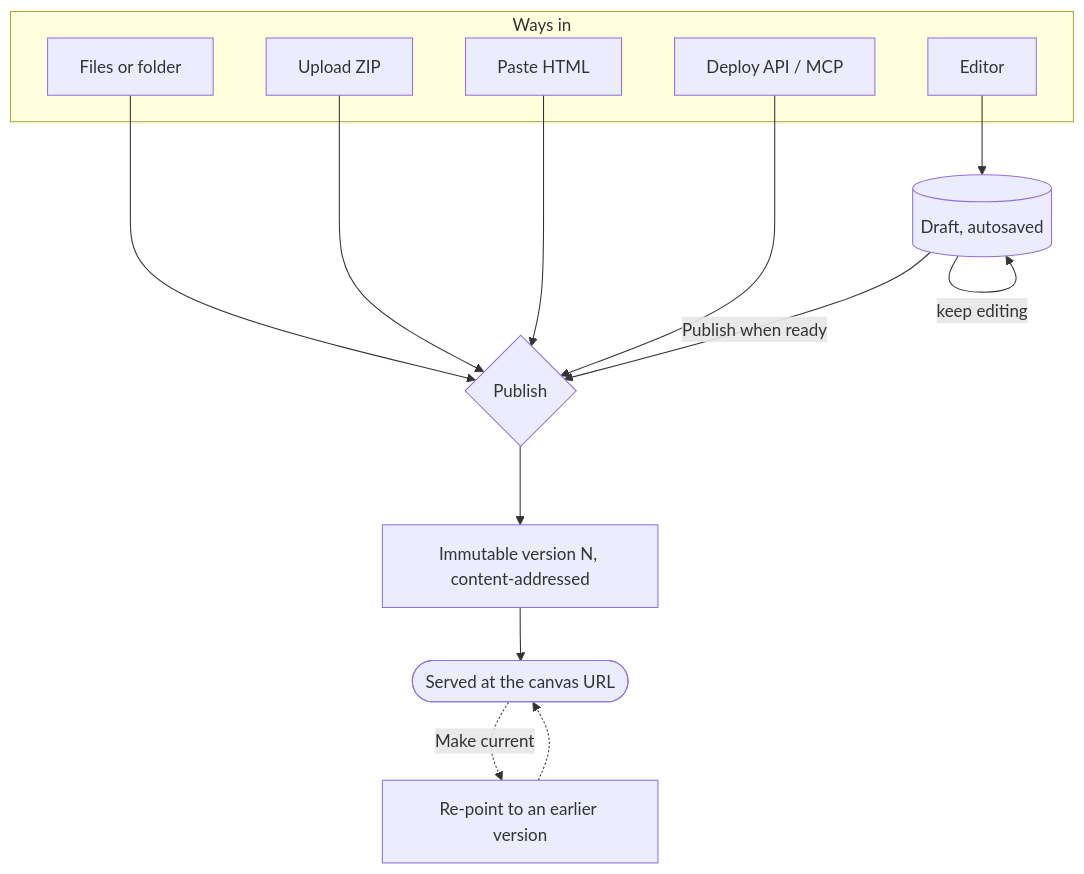
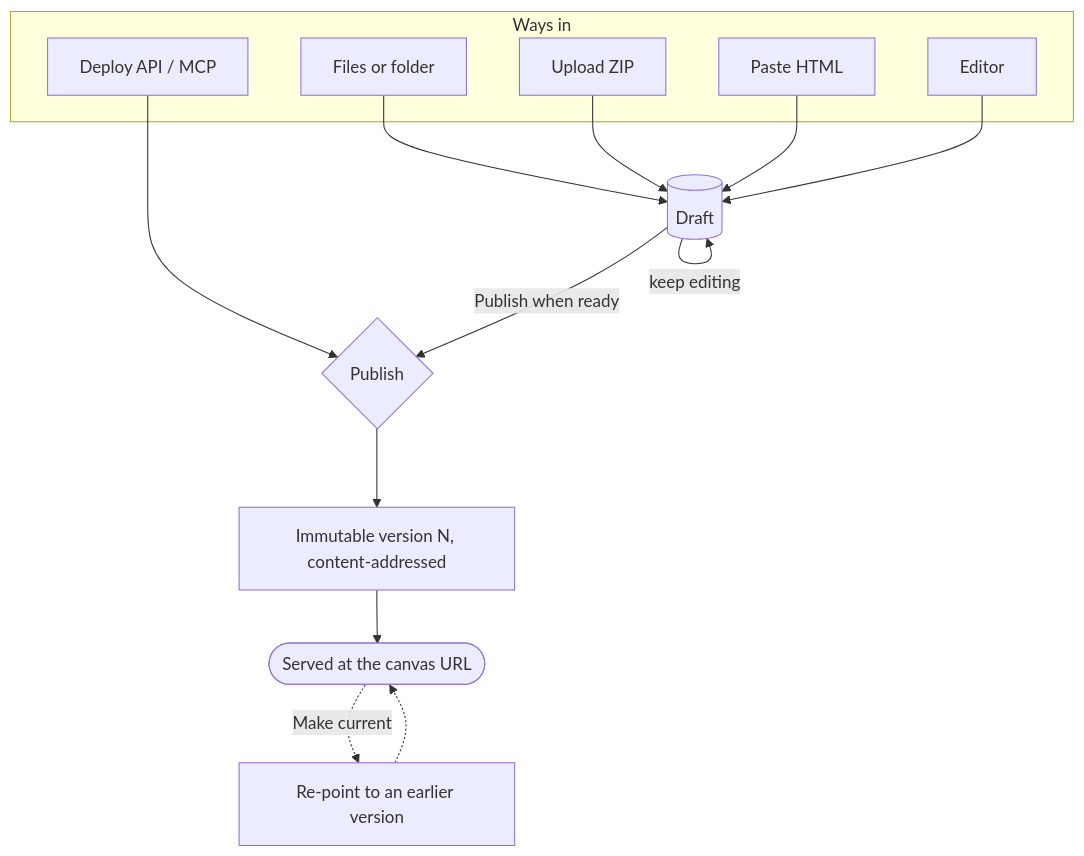
One commit to markpasternak/canvas-drop changed the diagram in docs/site/authoring/create-and-publish.md. Above: the diagram before and after it, drawn with Mermaid. The commit also changed other lines of this file and 165 other files, not shown here.

````diff
--- a/docs/site/authoring/create-and-publish.md
+++ b/docs/site/authoring/create-and-publish.md
@@ -33,21 +35,21 @@
 ```mermaid
 flowchart TD
     subgraph Sources["Ways in"]
       DnD[Files or folder]
       Zip[Upload ZIP]
       Paste[Paste HTML]
       API[Deploy API / MCP]
       Ed[Editor]
     end
-    DnD --> Pub{Publish}
-    Zip --> Pub
-    Paste --> Pub
-    API --> Pub
-    Ed --> Draft[(Draft, autosaved)]
+    DnD --> Draft[(Draft)]
+    Zip --> Draft
+    Paste --> Draft
+    API --> Pub{Publish}
+    Ed --> Draft
     Draft -->|keep editing| Draft
     Draft -->|Publish when ready| Pub
     Pub --> V[Immutable version N, content-addressed]
     V --> Live([Served at the canvas URL])
     Live -.->|Make current| Prev[Re-point to an earlier version]
     Prev -.-> Live
 ```
````
